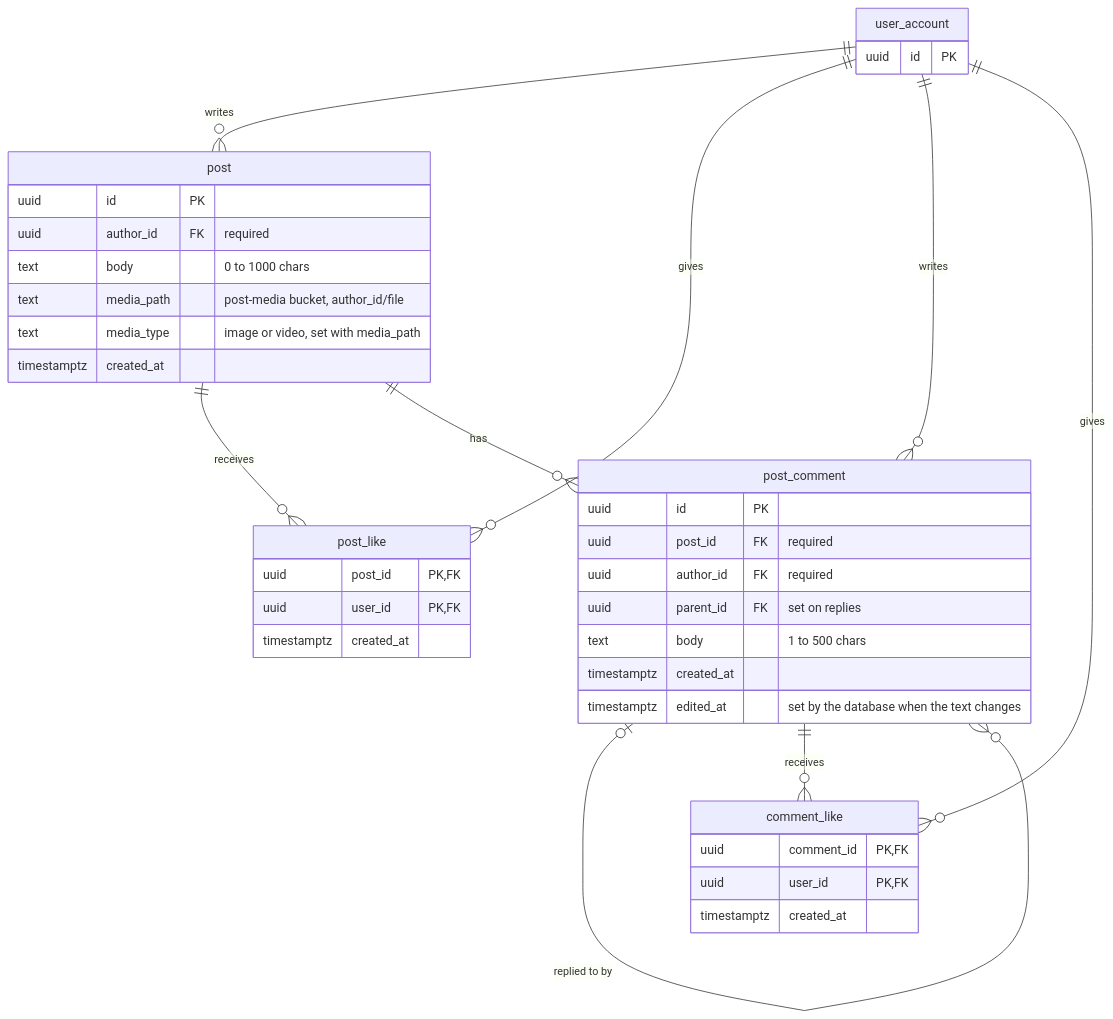
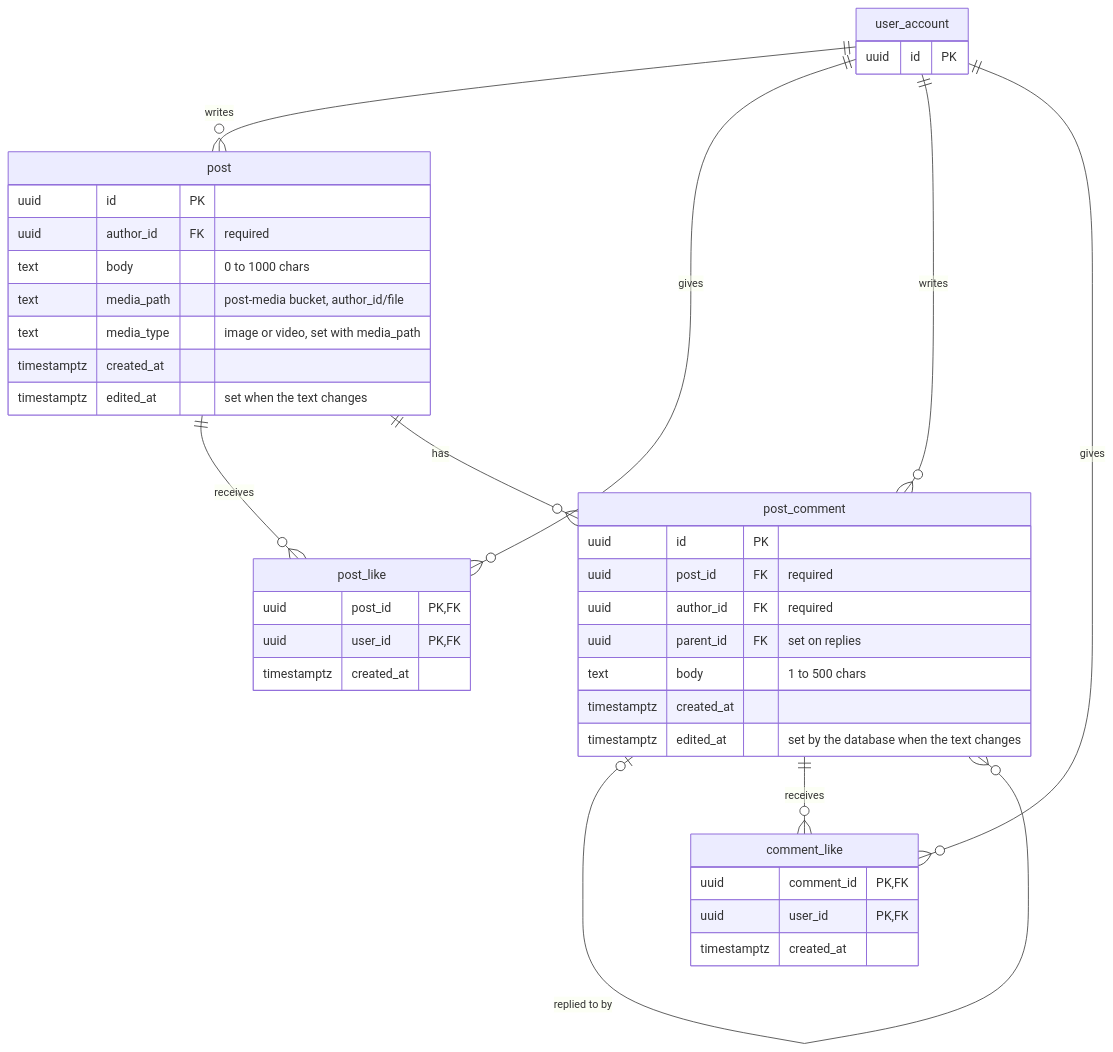
One commit to rehman20052/SwoleMates changed the sixth of 7 diagrams in docs/DATA_MODEL.md. Above: the diagram before and after it, drawn with Mermaid. The commit also changed other lines of this file and 10 other files, not shown here.

````diff
--- a/docs/DATA_MODEL.md
+++ b/docs/DATA_MODEL.md
@@ -319,41 +320,42 @@
 ```mermaid
 erDiagram
   user_account {
     uuid id PK
   }
   post {
     uuid id PK
     uuid author_id FK "required"
     text body "0 to 1000 chars"
     text media_path "post-media bucket, author_id/file"
     text media_type "image or video, set with media_path"
     timestamptz created_at
+    timestamptz edited_at "set when the text changes"
   }
   post_like {
     uuid post_id PK, FK
     uuid user_id PK, FK
     timestamptz created_at
   }
   post_comment {
     uuid id PK
     uuid post_id FK "required"
     uuid author_id FK "required"
     uuid parent_id FK "set on replies"
     text body "1 to 500 chars"
     timestamptz created_at
     timestamptz edited_at "set by the database when the text changes"
   }
   comment_like {
     uuid comment_id PK, FK
     uuid user_id PK, FK
     timestamptz created_at
   }
   user_account ||--o{ post : writes
   post ||--o{ post_like : receives
   user_account ||--o{ post_like : gives
   post ||--o{ post_comment : has
   post_comment |o--o{ post_comment : "replied to by"
   user_account ||--o{ post_comment : writes
   post_comment ||--o{ comment_like : receives
   user_account ||--o{ comment_like : gives
 ```
````
